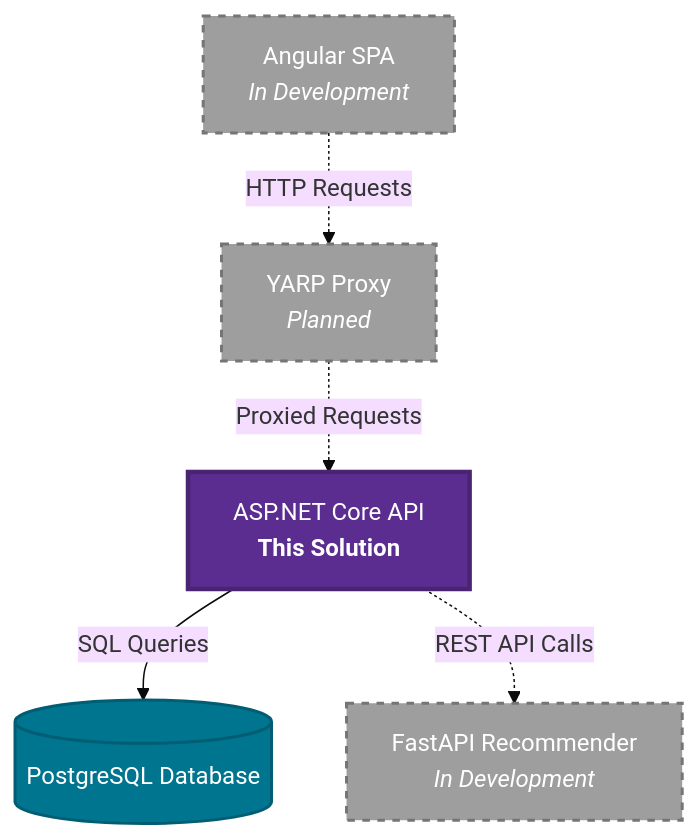
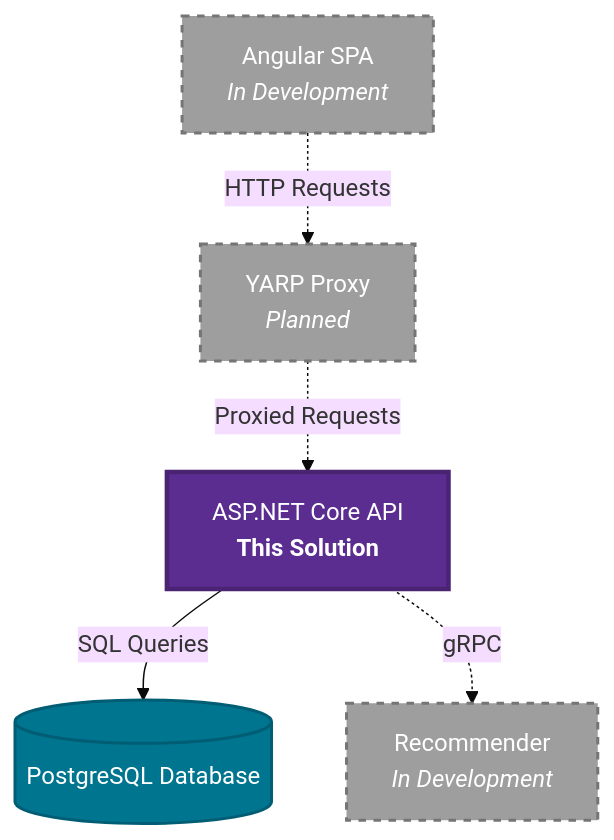
The first of 2 diagrams in README.md (jklzz02/Anime-Rest-API), drawn with Mermaid (base theme) before and after one commit.

````diff
--- a/README.md
+++ b/README.md
@@ -17,25 +17,25 @@
 ```mermaid
 graph TB
     A[Angular SPA<br/><em>In Development</em>]
     B[YARP Proxy<br/><em>Planned</em>]
     C[ASP.NET Core API<br/><strong>This Solution</strong>]
-    E[FastAPI Recommender<br/><em>In Development</em>]
+    E[Recommender<br/><em>In Development</em>]
     D[(PostgreSQL Database)]
 
     %% Connections
     A -.->|HTTP Requests| B
     B -.->|Proxied Requests| C
     C -->|SQL Queries| D
-    C -.->|REST API Calls| E
+    C -.->|gRPC| E
 
     %% Styling
     classDef planned fill:#9e9e9e,stroke:#757575,stroke-width:2px,color:#fff,stroke-dasharray: 5 5
     classDef backend fill:#5c2d91,stroke:#4a2372,stroke-width:3px,color:#fff
     classDef database fill:#00758f,stroke:#005d73,stroke-width:2px,color:#fff
 
     class A planned
     class B planned
     class C backend
     class E planned
     class D database
 ```
````
